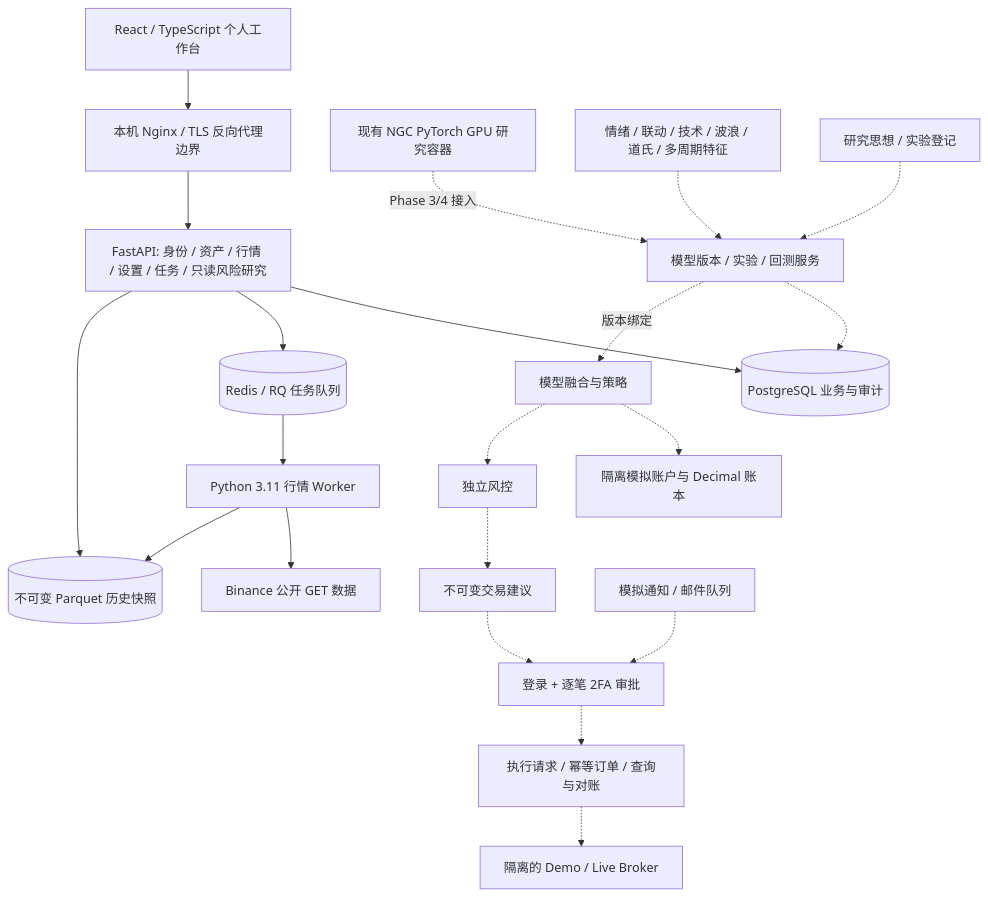
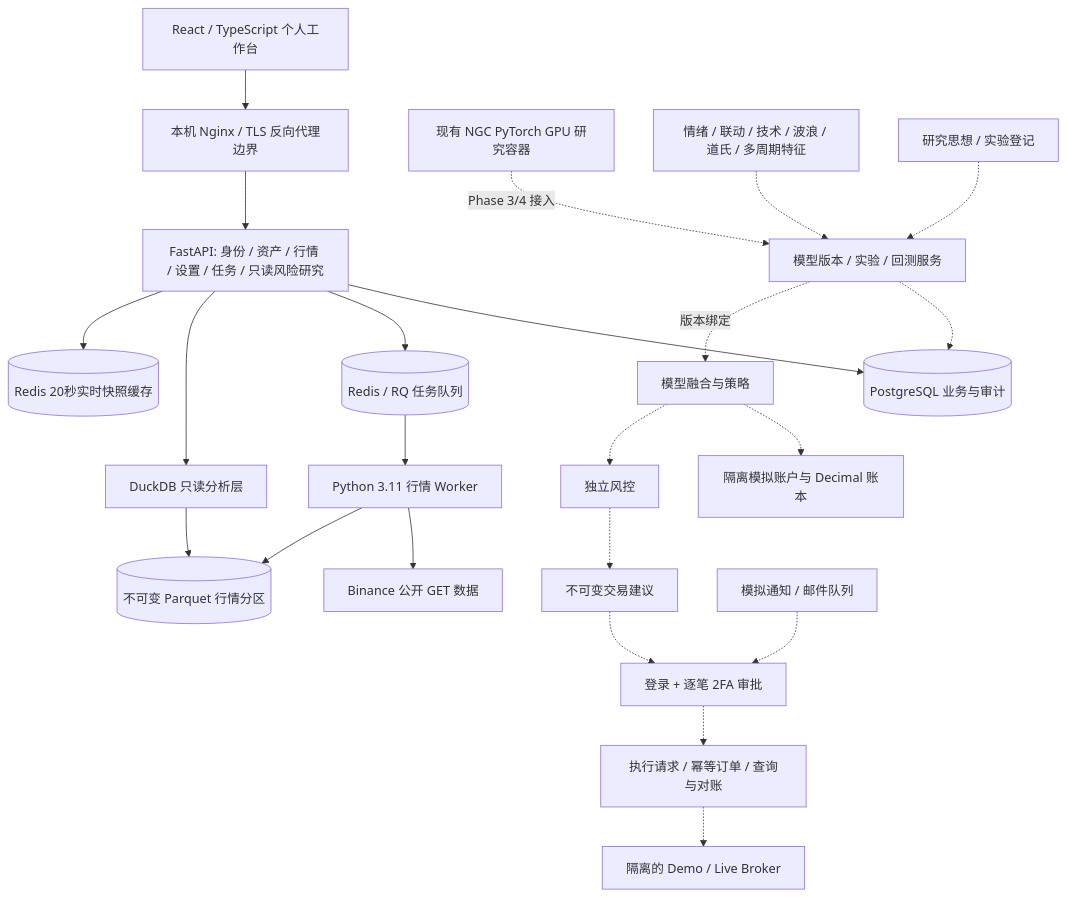
One commit to LegendaryFlutist/global-quant-ai changed the diagram in docs/platform/architecture.md. Above: the diagram before and after it, drawn with Mermaid. The commit also changed other lines of this file and 18 other files, not shown here.

````diff
--- a/docs/platform/architecture.md
+++ b/docs/platform/architecture.md
@@ -5,23 +5,25 @@
 ```mermaid
 flowchart TB
     Browser[React / TypeScript 个人工作台] --> Proxy[本机 Nginx / TLS 反向代理边界]
     Proxy --> API[FastAPI: 身份 / 资产 / 行情 / 设置 / 任务 / 只读风险研究]
     API --> PG[(PostgreSQL 业务与审计)]
     API --> Redis[(Redis / RQ 任务队列)]
     Redis --> Worker[Python 3.11 行情 Worker]
     Worker --> Public[Binance 公开 GET 数据]
-    Worker --> PQ[(不可变 Parquet 历史快照)]
-    API --> PQ
+    Worker --> PQ[(不可变 Parquet 行情分区)]
+    API --> DuckDB[DuckDB 只读分析层]
+    DuckDB --> PQ
+    API --> Cache[(Redis 20秒实时快照缓存)]
     Legacy[现有 NGC PyTorch GPU 研究容器] -. Phase 3/4 接入 .-> Registry[模型版本 / 实验 / 回测服务]
     Registry -.-> PG
     Features[情绪 / 联动 / 技术 / 波浪 / 道氏 / 多周期特征] -.-> Registry
     Registry -. 版本绑定 .-> Ensemble[模型融合与策略]
     Ensemble -.-> Paper[隔离模拟账户与 Decimal 账本]
     Ensemble -.-> Risk[独立风控]
     Risk -.-> Proposal[不可变交易建议]
     Proposal -.-> Approval[登录 + 逐笔 2FA 审批]
     Approval -.-> Execution[执行请求 / 幂等订单 / 查询与对账]
     Execution -.-> Broker[隔离的 Demo / Live Broker]
     Notify[模拟通知 / 邮件队列] -.-> Approval
     Ideas[研究思想 / 实验登记] -.-> Registry
 ```
````
